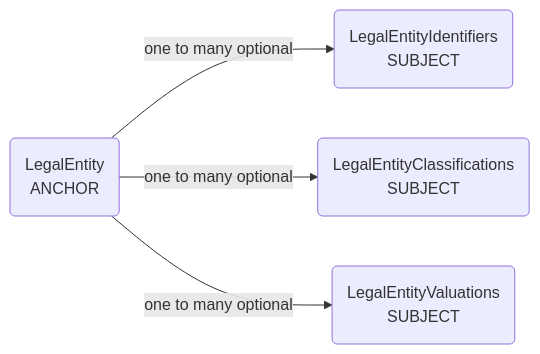
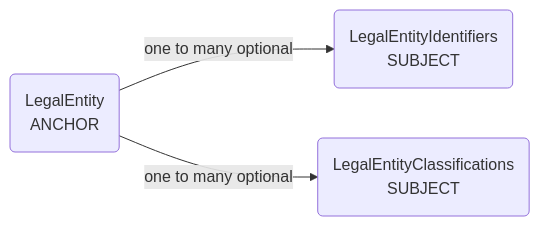
Before and after one commit to M-A-Operating-System/shared-work: the fourth of 5 diagrams in docs/data-models/private-equity/private-equity-data-design-document.md, drawn with Mermaid. The commit also changed other lines of this file and 13 other files, not shown here.

````diff
--- a/docs/data-models/private-equity/private-equity-data-design-document.md
+++ b/docs/data-models/private-equity/private-equity-data-design-document.md
@@ -1089,10 +1107,8 @@
 ```mermaid
 flowchart LR
   SBJ001("LegalEntity<br>ANCHOR")
   SBJ002("LegalEntityIdentifiers<br>SUBJECT")
   SBJ003("LegalEntityClassifications<br>SUBJECT")
-  SBJ004("LegalEntityValuations<br>SUBJECT")
   SBJ001 -->|"one to many optional"| SBJ002
   SBJ001 -->|"one to many optional"| SBJ003
-  SBJ001 -->|"one to many optional"| SBJ004
 ```
````
